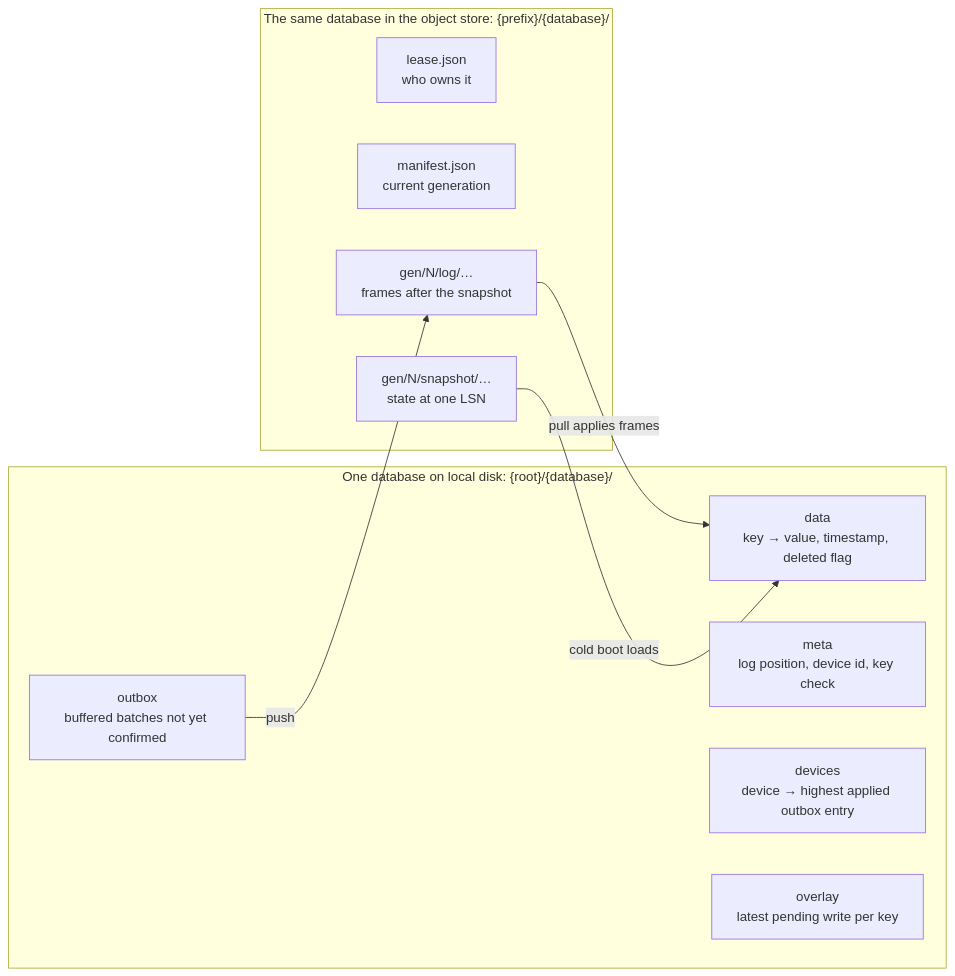
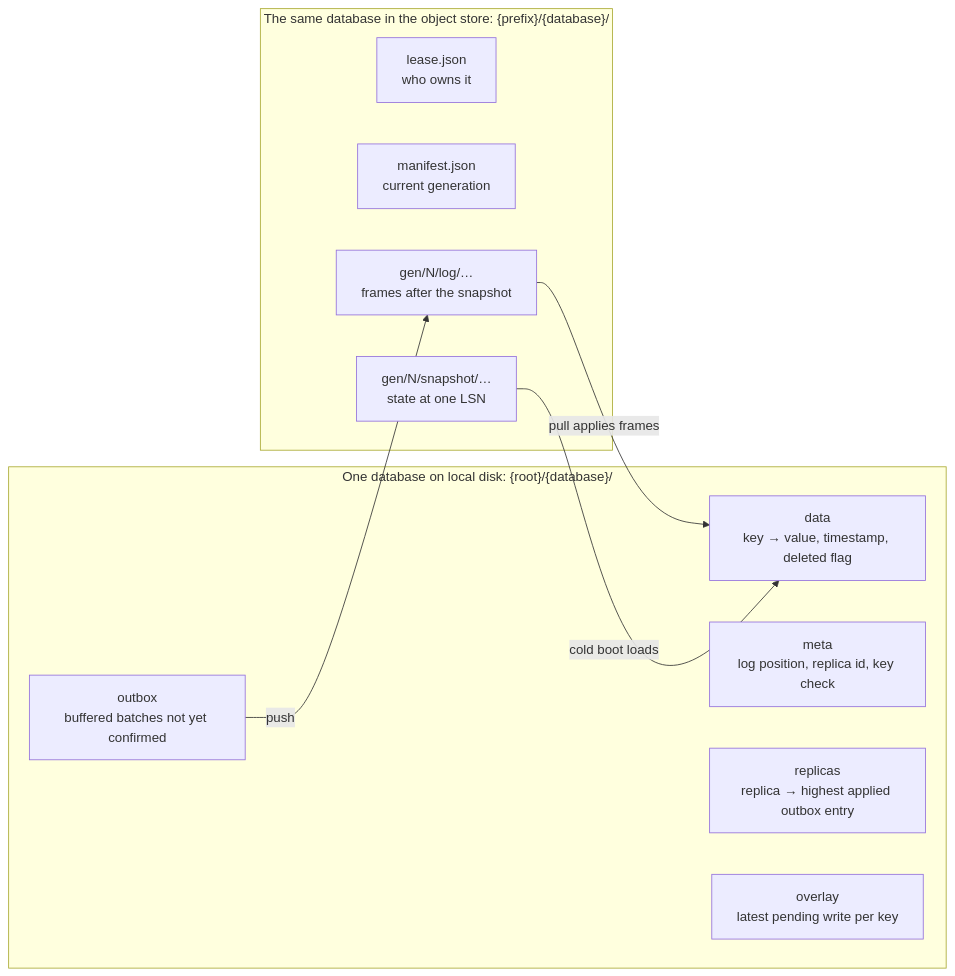
Before and after one commit to VALKV-LABS/libvalkvedge: the second of 4 diagrams in docs/components.md, drawn with Mermaid. The commit also changed other lines of this file and 18 other files, not shown here.

````diff
--- a/docs/components.md
+++ b/docs/components.md
@@ -82,19 +82,19 @@
 ```mermaid
 flowchart LR
-    subgraph DEVICE["One database on local disk: {root}/{database}/"]
+    subgraph DISK["One database on local disk: {root}/{database}/"]
         DATA["data<br/>key → value, timestamp, deleted flag"]
-        META["meta<br/>log position, device id, key check"]
-        DEV["devices<br/>device → highest applied outbox entry"]
+        META["meta<br/>log position, replica id, key check"]
+        DEV["replicas<br/>replica → highest applied outbox entry"]
         OUT["outbox<br/>buffered batches not yet confirmed"]
         OVER["overlay<br/>latest pending write per key"]
     end
     subgraph BUCKET["The same database in the object store: {prefix}/{database}/"]
         LEASEF["lease.json<br/>who owns it"]
         MAN["manifest.json<br/>current generation"]
         SNAP["gen/N/snapshot/…<br/>state at one LSN"]
         SEG["gen/N/log/…<br/>frames after the snapshot"]
     end
     SEG -- "pull applies frames" --> DATA
     SNAP -- "cold boot loads" --> DATA
     OUT -- "push" --> SEG
 ```
````
